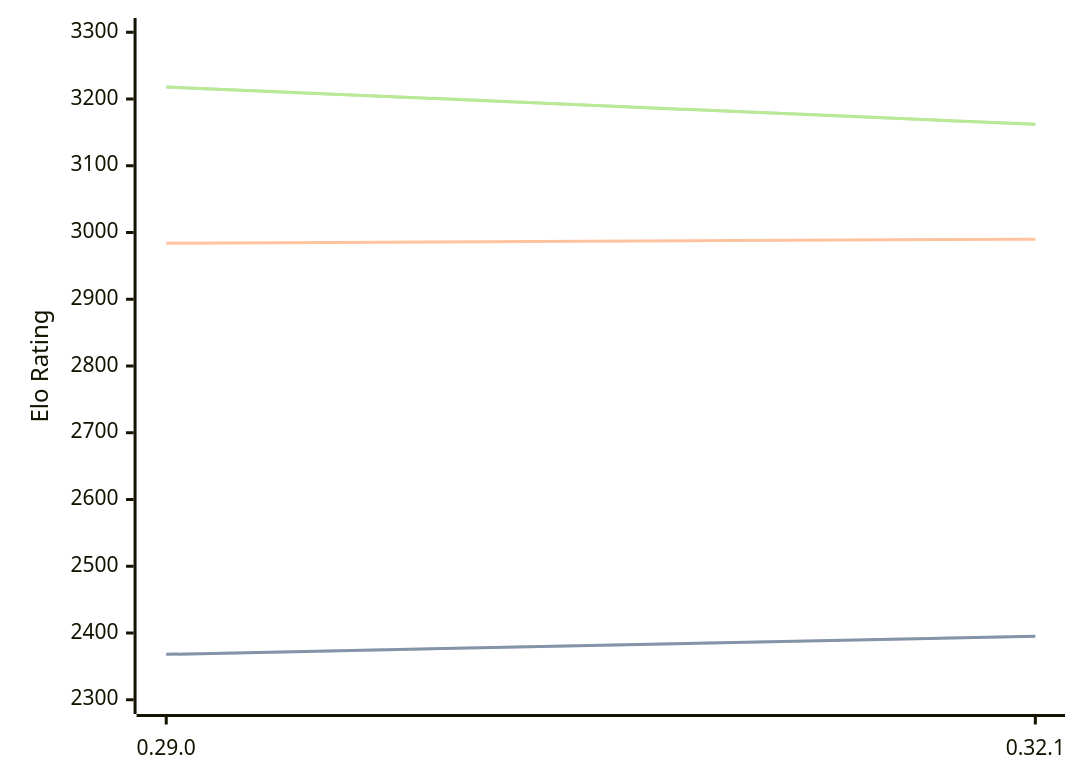
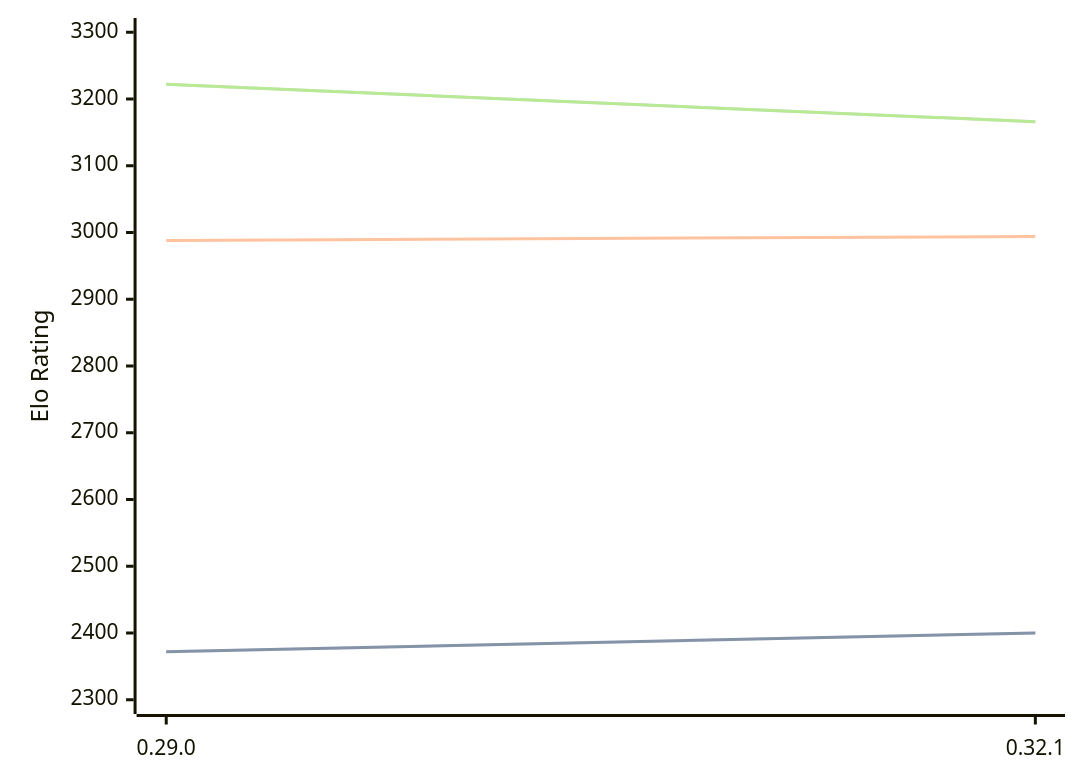
The diagram in engines/Lc0.md (computer-chess-index/cci), drawn with Mermaid before and after one commit. The commit also changed other lines of this file, not shown here.

Commit message:
Update CCI Ratings (ELO VLTC) - 2026-08-18

````diff
--- a/engines/Lc0.md
+++ b/engines/Lc0.md
@@ -32,11 +32,11 @@
 ```mermaid
 %%{init: {"theme":"base","themeVariables":{"seriesColors:['#a3a3a3','#222221','#faa371']}}}%%
 xychart-beta
   x-axis ["0.29.0", "0.32.1"]
   y-axis "Elo Rating" 2300 --> 3300
-  line "STC (8.0+0.08s)" [2368, 2395]
-  line "STC (8.0+0.08s)" [2368, 2395]
-  line "LTC (60.0+0.60s)" [2984, 2990]
-  line "VLTC (2m24s+1.12s)" [3218, 3162]
-  line "VLTC (2m24s+1.12s)" [3218, 3162]
+  line "STC (8.0+0.08s)" [2372, 2400]
+  line "STC (8.0+0.08s)" [2372, 2400]
+  line "LTC (60.0+0.60s)" [2988, 2994]
+  line "VLTC (2m24s+1.12s)" [3222, 3166]
+  line "VLTC (2m24s+1.12s)" [3222, 3166]
 ```
````
